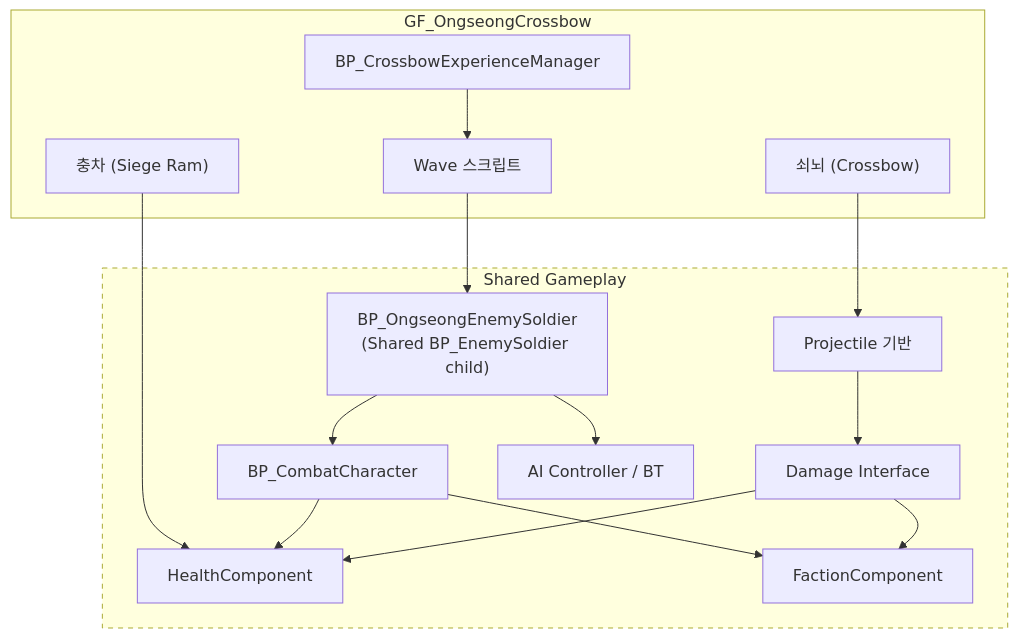
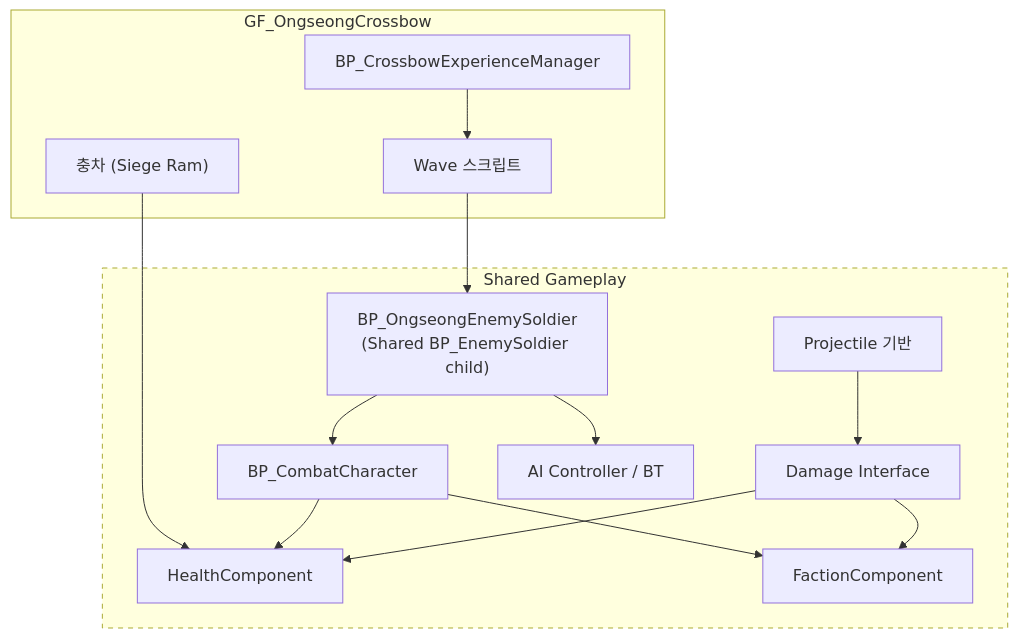
One commit to jihoon-c/SuwonSiegeContestVR changed the diagram in docs/OngseongCrossbow/STATUS.md. Above: the diagram before and after it, drawn with Mermaid. The commit also changed other lines of this file and 58 other files, not shown here.

````diff
--- a/docs/OngseongCrossbow/STATUS.md
+++ b/docs/OngseongCrossbow/STATUS.md
@@ -63,33 +68,31 @@
 ```mermaid
 graph TD
     subgraph GF["GF_OngseongCrossbow"]
-      CB["쇠뇌 (Crossbow)"]
       RAM["충차 (Siege Ram)"]
       WAVE["Wave 스크립트"]
       MGR["BP_CrossbowExperienceManager"]
     end
 
     subgraph SHARED["Shared Gameplay"]
       ENEMY["BP_OngseongEnemySoldier<br/>(Shared BP_EnemySoldier child)"]
       CC["BP_CombatCharacter"]
       HP["HealthComponent"]
       FAC["FactionComponent"]
       DMG["Damage Interface"]
       PROJ["Projectile 기반"]
       AI["AI Controller / BT"]
     end
 
     MGR --> WAVE
     WAVE --> ENEMY
-    CB --> PROJ
     PROJ --> DMG
     DMG --> FAC
     DMG --> HP
     ENEMY --> CC
     CC --> HP
     CC --> FAC
     ENEMY --> AI
     RAM --> HP
 
     style SHARED stroke-dasharray: 5 5
 ```
````
